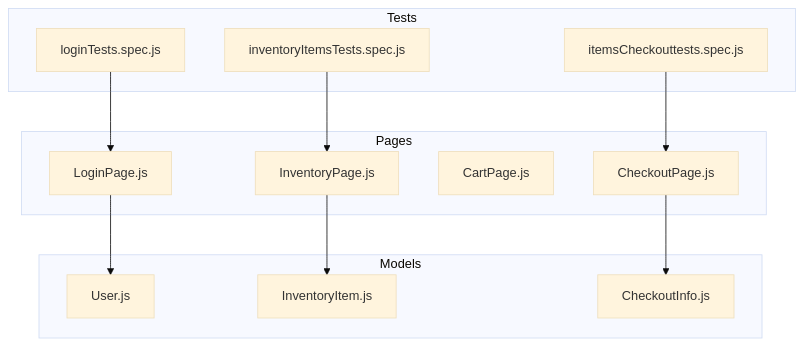
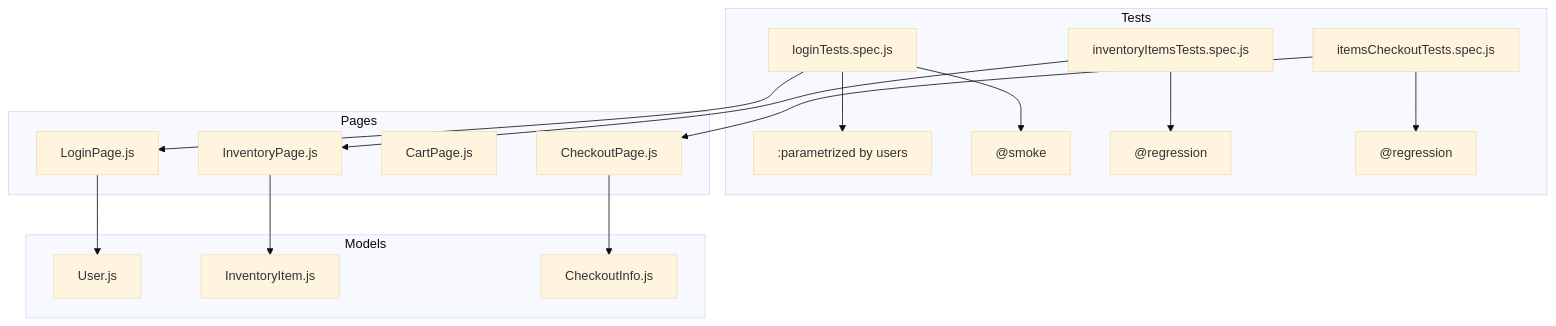
The first of 2 diagrams in test-flow-diagram.md (ravs788/playwrightpom), drawn with Mermaid (base theme) before and after one commit. The commit also changed other lines of this file and 1 other file, not shown here.

````diff
--- a/test-flow-diagram.md
+++ b/test-flow-diagram.md
@@ -3,28 +3,36 @@
 ```mermaid
 flowchart TD
     subgraph Tests
         login["loginTests.spec.js"]
         inventory["inventoryItemsTests.spec.js"]
-        checkout["itemsCheckouttests.spec.js"]
+        checkout["itemsCheckoutTests.spec.js"]
+        loginParam[":parametrized by users"]
+        loginTag["@smoke"]
+        inventoryTag["@regression"]
+        checkoutTag["@regression"]
+        login --> loginParam
+        login --> loginTag
+        inventory --> inventoryTag
+        checkout --> checkoutTag
     end
 
     subgraph Pages
         loginPage["LoginPage.js"]
         inventoryPage["InventoryPage.js"]
         cartPage["CartPage.js"]
         checkoutPage["CheckoutPage.js"]
     end
 
     subgraph Models
         user["User.js"]
         inventoryItem["InventoryItem.js"]
         checkoutInfo["CheckoutInfo.js"]
     end
 
     login --> loginPage
     loginPage --> user
     inventory --> inventoryPage
     inventoryPage --> inventoryItem
     checkout --> checkoutPage
     checkoutPage --> checkoutInfo
 ```
````
